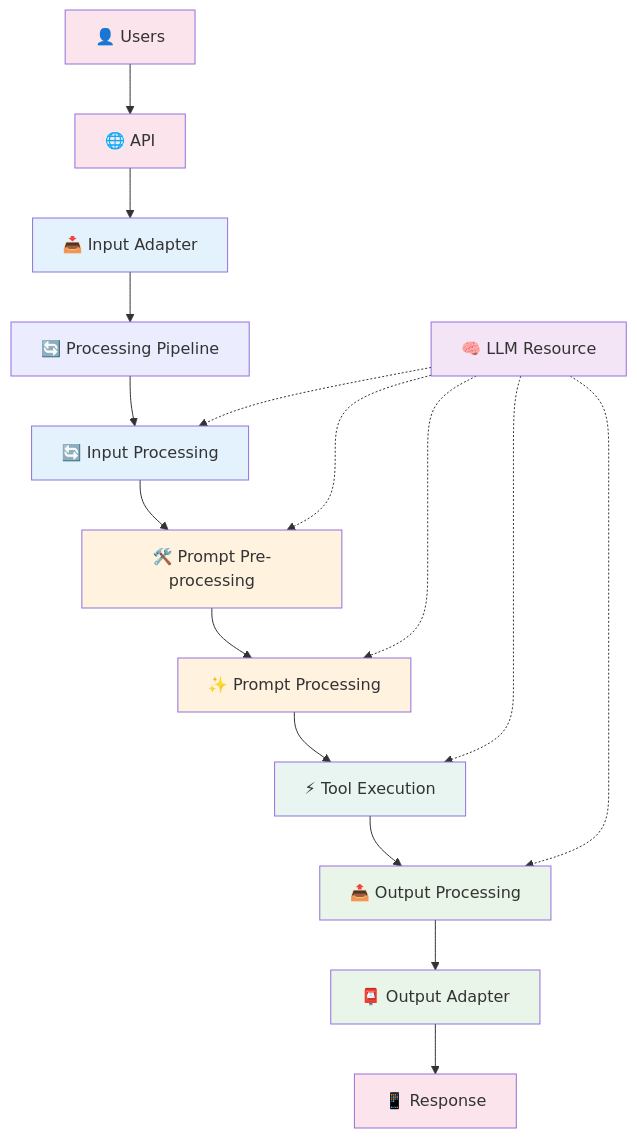
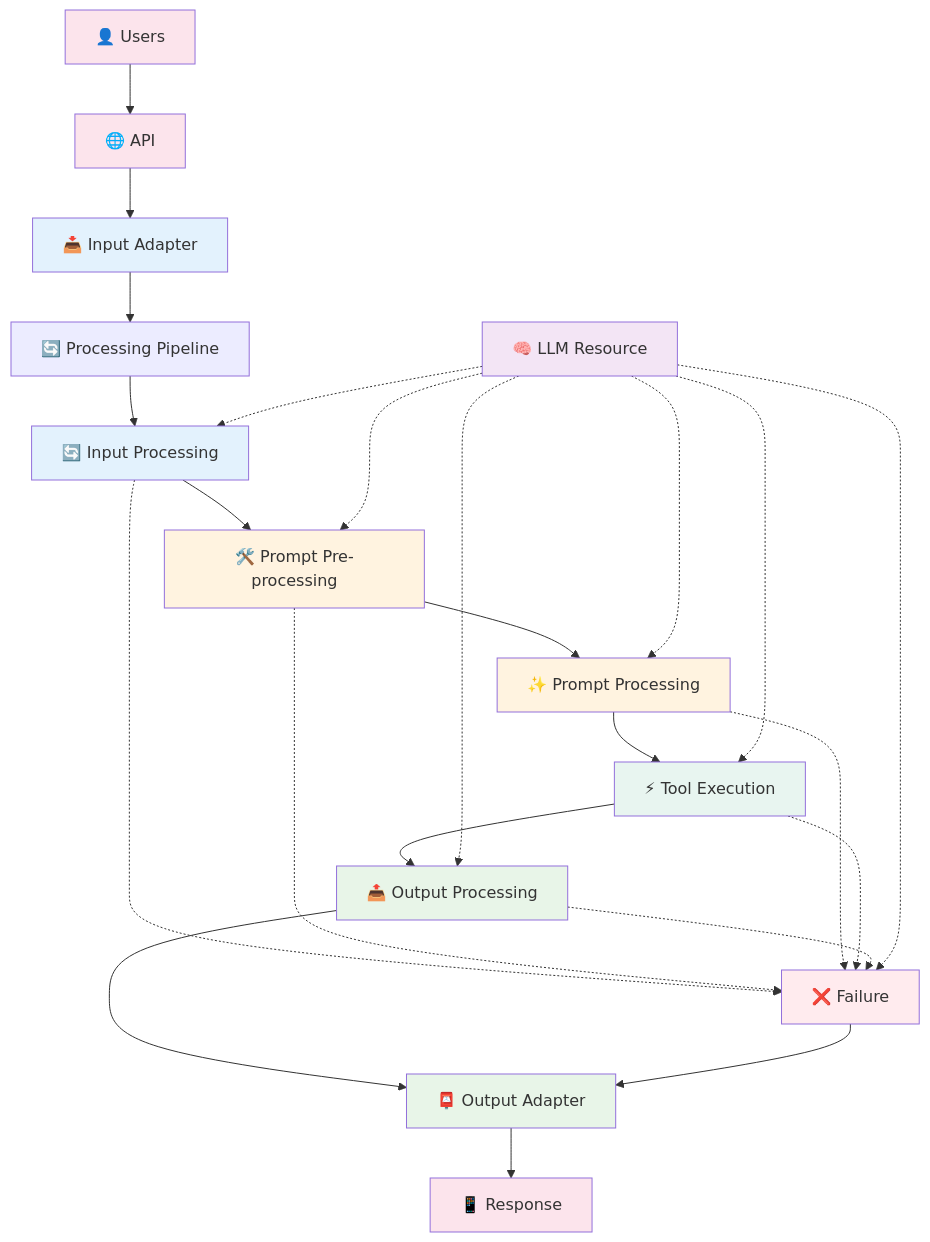
The first of 4 diagrams in README.md (Ladvien/entity), drawn with Mermaid before and after one commit. The commit also changed other lines of this file, not shown here.

Commit message:
Added error stage.

````diff
--- a/README.md
+++ b/README.md
@@ -9,37 +9,48 @@
 ```mermaid
 flowchart TD
     Users[👤 Users] --> API[🌐 API]
     API --> IA[📥 Input Adapter]
     IA --> Pipeline[🔄 Processing Pipeline]
     
     Pipeline --> Stage1[🔄 Input Processing]
     Stage1 --> Stage2[🛠️ Prompt Pre-processing] 
     Stage2 --> Stage3[✨ Prompt Processing]
     Stage3 --> Stage4[⚡ Tool Execution]
     Stage4 --> Stage5[📤 Output Processing]
     
     Stage5 --> OA[📮 Output Adapter]
     OA --> Response[📱 Response]
     
+    %% Error handling flow
+    Stage1 -.-> FailureStage[❌ Failure]
+    Stage2 -.-> FailureStage
+    Stage3 -.-> FailureStage
+    Stage4 -.-> FailureStage
+    Stage5 -.-> FailureStage
+    FailureStage --> OA
+    
     %% LLM Resource Available Throughout Pipeline
     LLM[🧠 LLM Resource] -.-> Stage1
     LLM -.-> Stage2
     LLM -.-> Stage3
     LLM -.-> Stage4
     LLM -.-> Stage5
+    LLM -.-> FailureStage
     
     %% Styling
     classDef input fill:#e3f2fd
     classDef processing fill:#fff3e0
     classDef llm fill:#f3e5f5
     classDef output fill:#e8f5e8
     classDef endpoints fill:#fce4ec
     classDef tools fill:#e8f5f0
+    classDef error fill:#ffebee
     
     class Users,API,Response endpoints
     class IA,Stage1 input
     class Stage2,Stage3 processing
     class LLM llm
     class Stage4 tools
     class Stage5,OA output
+    class FailureStage error
 ```
````
